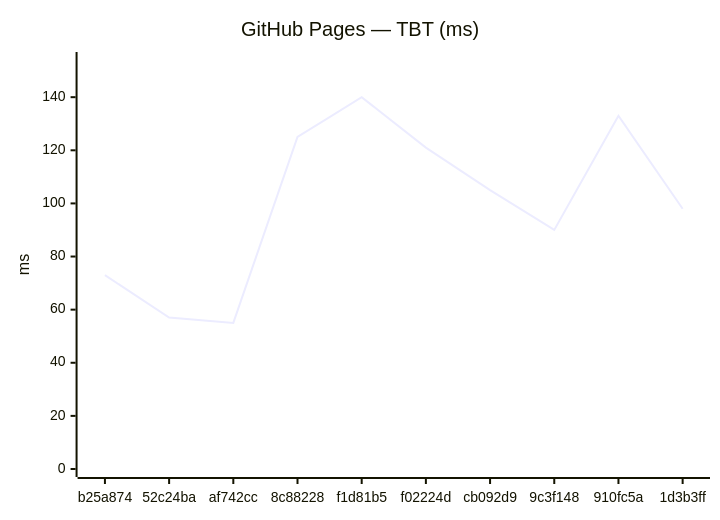
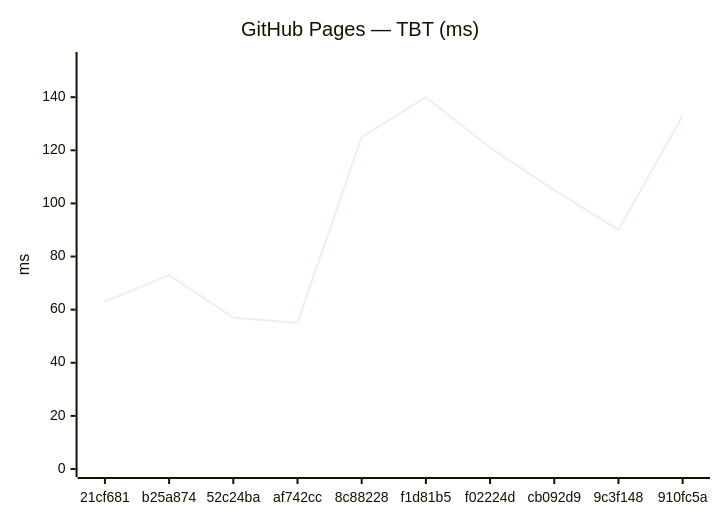
One commit to Metaheurist/Rianell changed the fourth of 18 diagrams in benchmarks/compare.md. Above: the diagram before and after it, drawn with Mermaid. The commit also changed other lines of this file and 11 other files, not shown here.

````diff
--- a/benchmarks/compare.md
+++ b/benchmarks/compare.md
@@ -61,7 +61,7 @@
 ```mermaid
 xychart-beta
     title "GitHub Pages — TBT (ms)"
-    x-axis ["b25a874", "52c24ba", "af742cc", "8c88228", "f1d81b5", "f02224d", "cb092d9", "9c3f148", "910fc5a", "1d3b3ff"]
+    x-axis ["21cf681", "b25a874", "52c24ba", "af742cc", "8c88228", "f1d81b5", "f02224d", "cb092d9", "9c3f148", "910fc5a"]
     y-axis "ms" 0 --> 154
-    line [73, 57, 55, 125, 140, 121, 105, 90, 133, 98]
+    line [63, 73, 57, 55, 125, 140, 121, 105, 90, 133]
 ```
````
